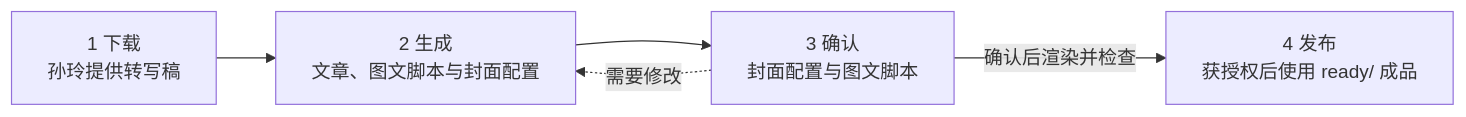
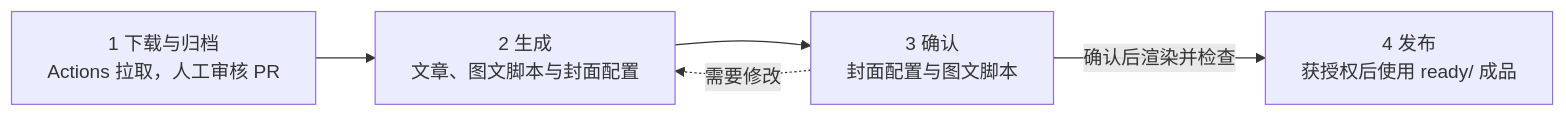
The diagram in README.md (sunling/inspire-planet), drawn with Mermaid before and after one commit. The commit also changed other lines of this file and 7 other files, not shown here.

````diff
--- a/README.md
+++ b/README.md
@@ -15,7 +16,7 @@
 ```mermaid
 flowchart LR
-    A["1 下载<br/>孙玲提供转写稿"] --> B["2 生成<br/>文章、图文脚本与封面配置"]
+    A["1 下载与归档<br/>Actions 拉取，人工审核 PR"] --> B["2 生成<br/>文章、图文脚本与封面配置"]
     B --> C["3 确认<br/>封面配置与图文脚本"]
     C -->|确认后渲染并检查| D["4 发布<br/>获授权后使用 ready/ 成品"]
     C -.->|需要修改| B
 ```
````
